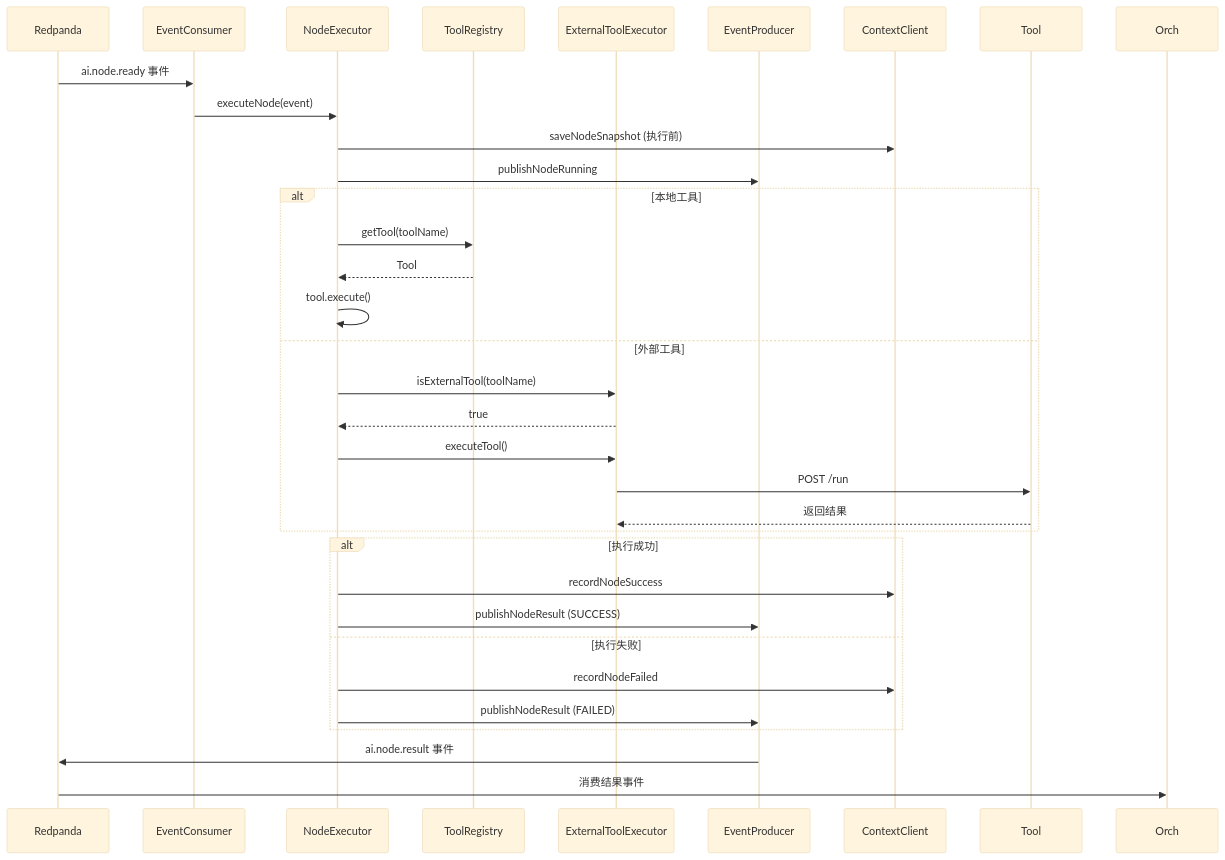
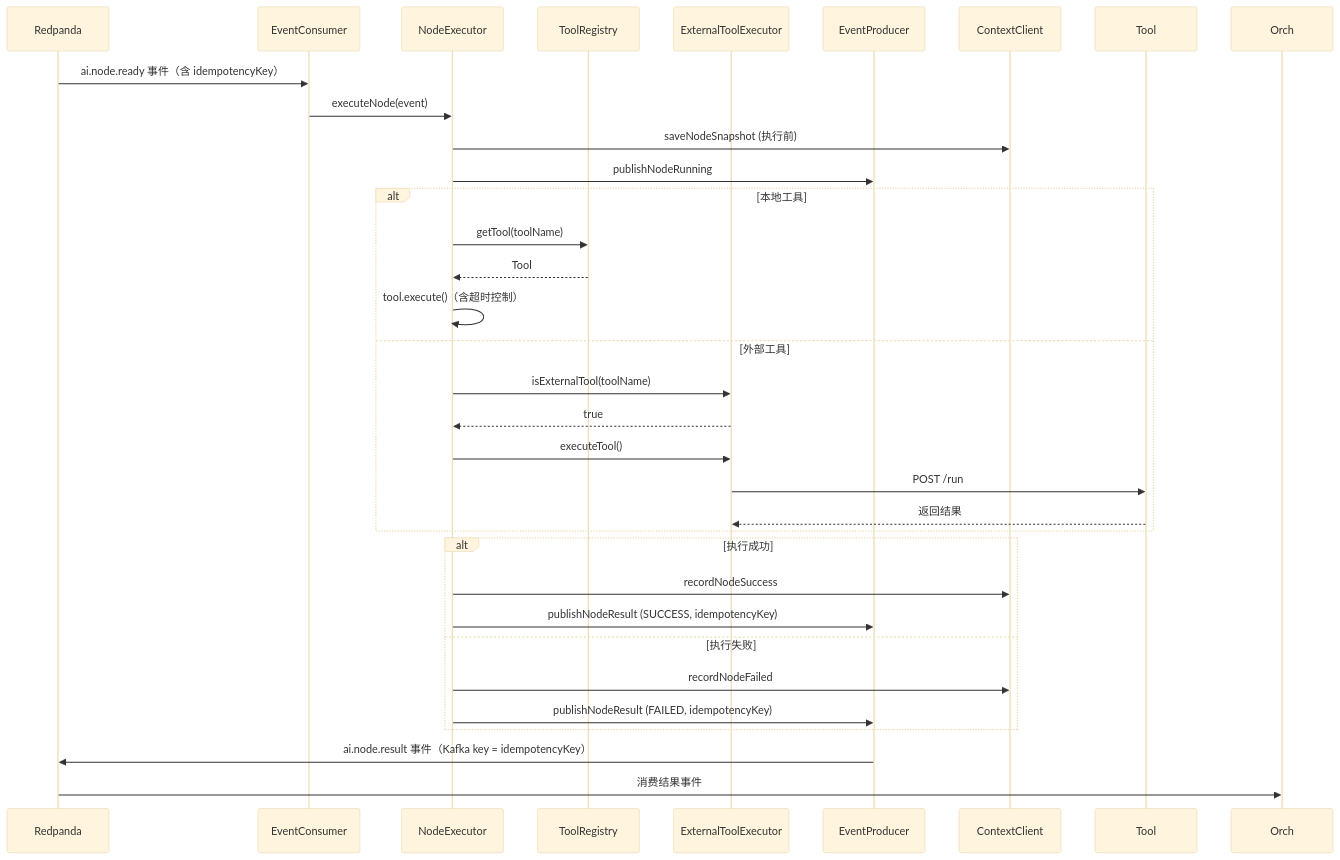
The second of 2 diagrams in docs/guides/WORKER_GUIDE.md (SUSTechWLA/lingxi-ai-operation-system), drawn with Mermaid (base theme) before and after one commit. The commit also changed other lines of this file and 41 other files, not shown here.

````diff
--- a/docs/guides/WORKER_GUIDE.md
+++ b/docs/guides/WORKER_GUIDE.md
@@ -388,39 +404,39 @@
 ```mermaid
 sequenceDiagram
     participant RP as Redpanda
     participant EC as EventConsumer
     participant NE as NodeExecutor
     participant TR as ToolRegistry
     participant ETE as ExternalToolExecutor
     participant EP as EventProducer
     participant CC as ContextClient
 
-    RP->>EC: ai.node.ready 事件
+    RP->>EC: ai.node.ready 事件（含 idempotencyKey）
     EC->>NE: executeNode(event)
 
     NE->>CC: saveNodeSnapshot (执行前)
     NE->>EP: publishNodeRunning
 
     alt 本地工具
         NE->>TR: getTool(toolName)
         TR-->>NE: Tool
-        NE->>NE: tool.execute()
+        NE->>NE: tool.execute()（含超时控制）
     else 外部工具
         NE->>ETE: isExternalTool(toolName)
         ETE-->>NE: true
         NE->>ETE: executeTool()
         ETE->>Tool: POST /run
         Tool-->>ETE: 返回结果
     end
 
     alt 执行成功
         NE->>CC: recordNodeSuccess
-        NE->>EP: publishNodeResult (SUCCESS)
+        NE->>EP: publishNodeResult (SUCCESS, idempotencyKey)
     else 执行失败
         NE->>CC: recordNodeFailed
-        NE->>EP: publishNodeResult (FAILED)
+        NE->>EP: publishNodeResult (FAILED, idempotencyKey)
     end
 
-    EP->>RP: ai.node.result 事件
+    EP->>RP: ai.node.result 事件（Kafka key = idempotencyKey）
     RP->>Orch: 消费结果事件
 ```
````
